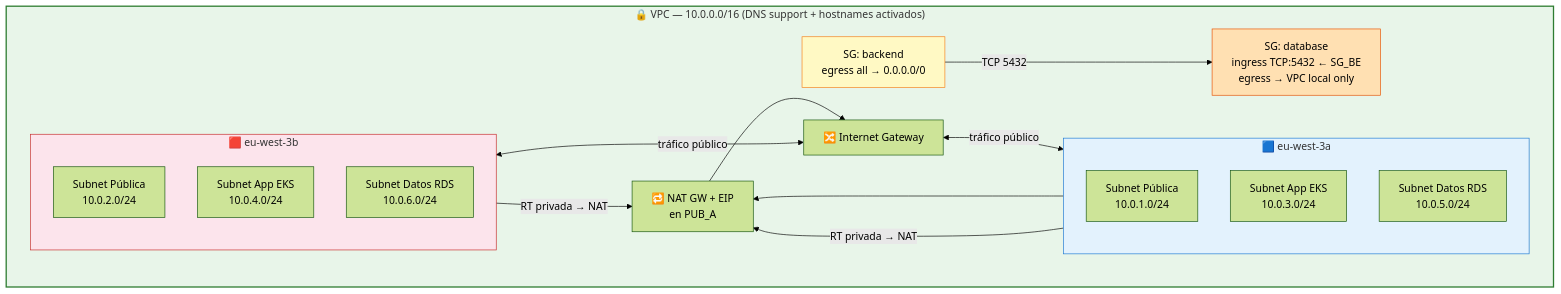
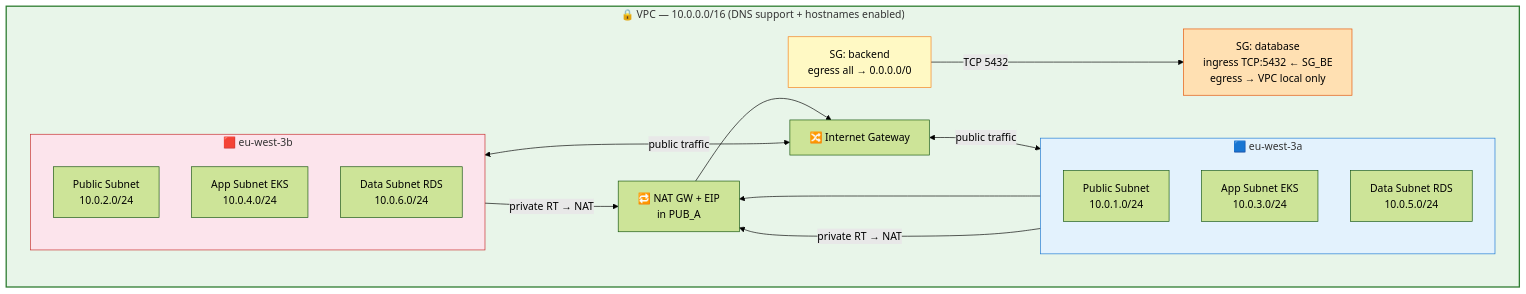
One commit to chelu-cloud/orchestra-deployment changed the third of 14 diagrams in README.MD. Above: the diagram before and after it, drawn with Mermaid (forest theme). The commit also changed other lines of this file, not shown here.

````diff
--- a/README.MD
+++ b/README.MD
@@ -202,37 +202,37 @@
 ```mermaid
 graph TB
-    subgraph VPC ["🔒 VPC — 10.0.0.0/16   (DNS support + hostnames activados)"]
+    subgraph VPC ["🔒 VPC — 10.0.0.0/16   (DNS support + hostnames enabled)"]
 
         IGW["🔀 Internet Gateway"]
 
         subgraph AZA ["🟦 eu-west-3a"]
             direction TB
-            PUB_A["Subnet Pública\n10.0.1.0/24"]
-            APP_A["Subnet App EKS\n10.0.3.0/24"]
-            DAT_A["Subnet Datos RDS\n10.0.5.0/24"]
+            PUB_A["Public Subnet\n10.0.1.0/24"]
+            APP_A["App Subnet EKS\n10.0.3.0/24"]
+            DAT_A["Data Subnet RDS\n10.0.5.0/24"]
         end
 
         subgraph AZB ["🟥 eu-west-3b"]
             direction TB
-            PUB_B["Subnet Pública\n10.0.2.0/24"]
-            APP_B["Subnet App EKS\n10.0.4.0/24"]
-            DAT_B["Subnet Datos RDS\n10.0.6.0/24"]
+            PUB_B["Public Subnet\n10.0.2.0/24"]
+            APP_B["App Subnet EKS\n10.0.4.0/24"]
+            DAT_B["Data Subnet RDS\n10.0.6.0/24"]
         end
 
-        NAT["🔁 NAT GW + EIP\nen PUB_A"]
+        NAT["🔁 NAT GW + EIP\nin PUB_A"]
 
         SG_BE["SG: backend\negress all → 0.0.0.0/0"]
         SG_DB["SG: database\ningress TCP:5432 ← SG_BE\negress → VPC local only"]
     end
 
-    IGW <-->|"tráfico público"| PUB_A & PUB_B
+    IGW <-->|"public traffic"| PUB_A & PUB_B
     PUB_A --> NAT --> IGW
-    APP_A & APP_B -->|"RT privada → NAT"| NAT
+    APP_A & APP_B -->|"private RT → NAT"| NAT
     SG_BE -->|"TCP 5432"| SG_DB
 
     style VPC  fill:#e8f5e9,stroke:#2e7d32,stroke-width:2px
     style AZA  fill:#e3f2fd,stroke:#1976d2
     style AZB  fill:#fce4ec,stroke:#c62828
     style SG_BE fill:#fff9c4,stroke:#f57f17
     style SG_DB fill:#ffe0b2,stroke:#e65100
 ```
````
